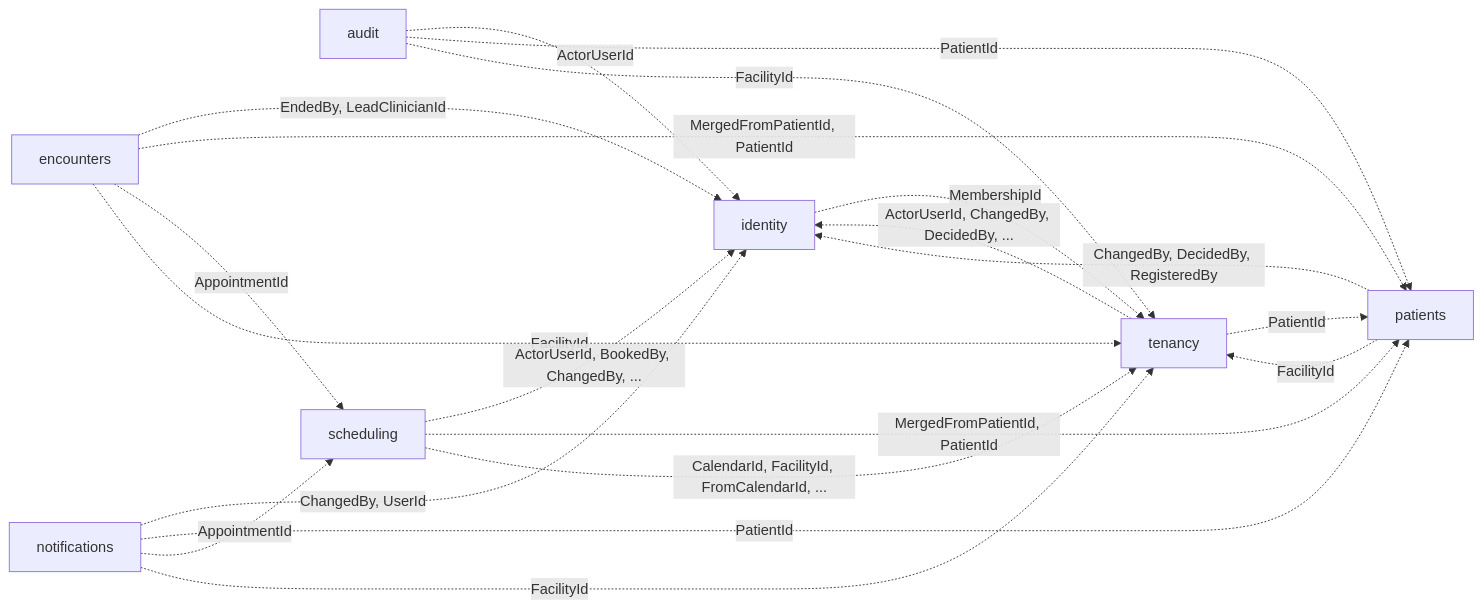
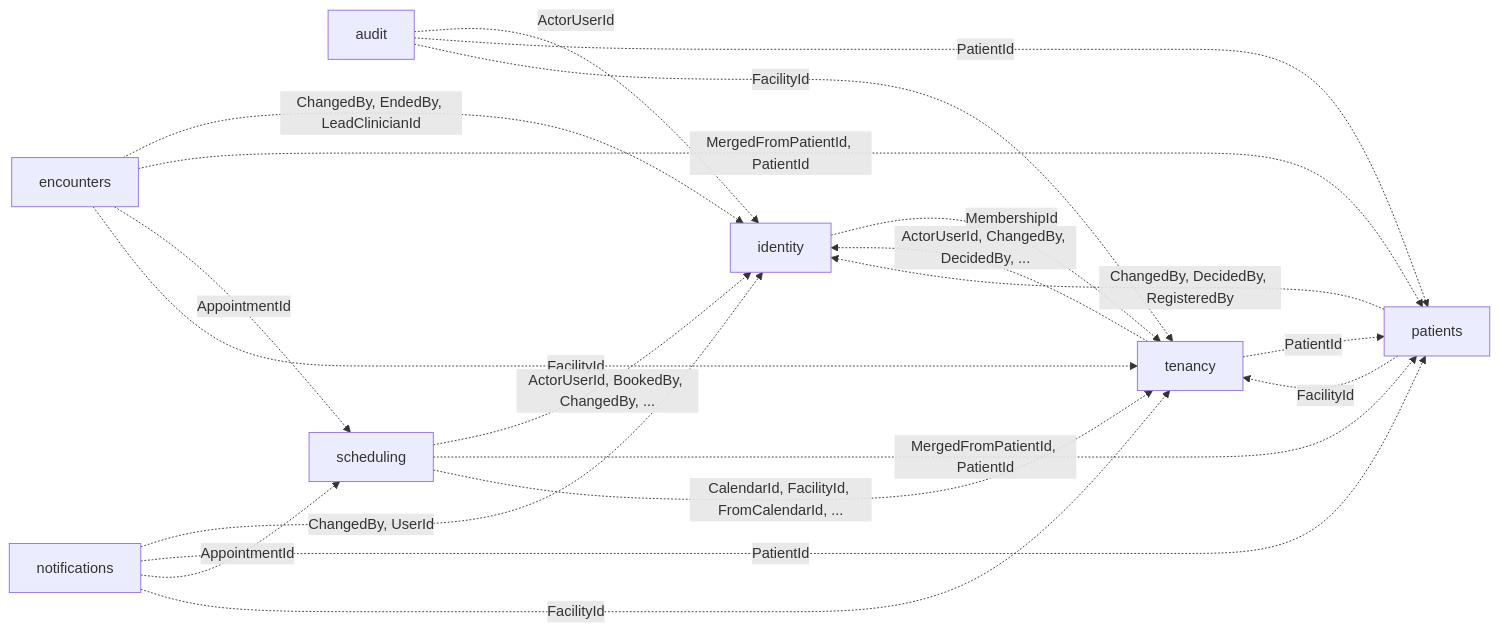
Before and after one commit to ALFRED-LUCIFER/medvya: the third of 13 diagrams in docs/03-architecture/erd.md, drawn with Mermaid. The commit also changed other lines of this file and 43 other files, not shown here.

````diff
--- a/docs/03-architecture/erd.md
+++ b/docs/03-architecture/erd.md
@@ -87,22 +87,22 @@
 ```mermaid
 flowchart LR
   audit -.->|"ActorUserId"| identity
   audit -.->|"PatientId"| patients
   audit -.->|"FacilityId"| tenancy
-  encounters -.->|"EndedBy, LeadClinicianId"| identity
+  encounters -.->|"ChangedBy, EndedBy, LeadClinicianId"| identity
   encounters -.->|"MergedFromPatientId, PatientId"| patients
   encounters -.->|"AppointmentId"| scheduling
   encounters -.->|"FacilityId"| tenancy
   identity -.->|"MembershipId"| tenancy
   notifications -.->|"ChangedBy, UserId"| identity
   notifications -.->|"PatientId"| patients
   notifications -.->|"AppointmentId"| scheduling
   notifications -.->|"FacilityId"| tenancy
   patients -.->|"ChangedBy, DecidedBy, RegisteredBy"| identity
   patients -.->|"FacilityId"| tenancy
   scheduling -.->|"ActorUserId, BookedBy, ChangedBy, ..."| identity
   scheduling -.->|"MergedFromPatientId, PatientId"| patients
   scheduling -.->|"CalendarId, FacilityId, FromCalendarId, ..."| tenancy
   tenancy -.->|"ActorUserId, ChangedBy, DecidedBy, ..."| identity
   tenancy -.->|"PatientId"| patients
 ```
````
